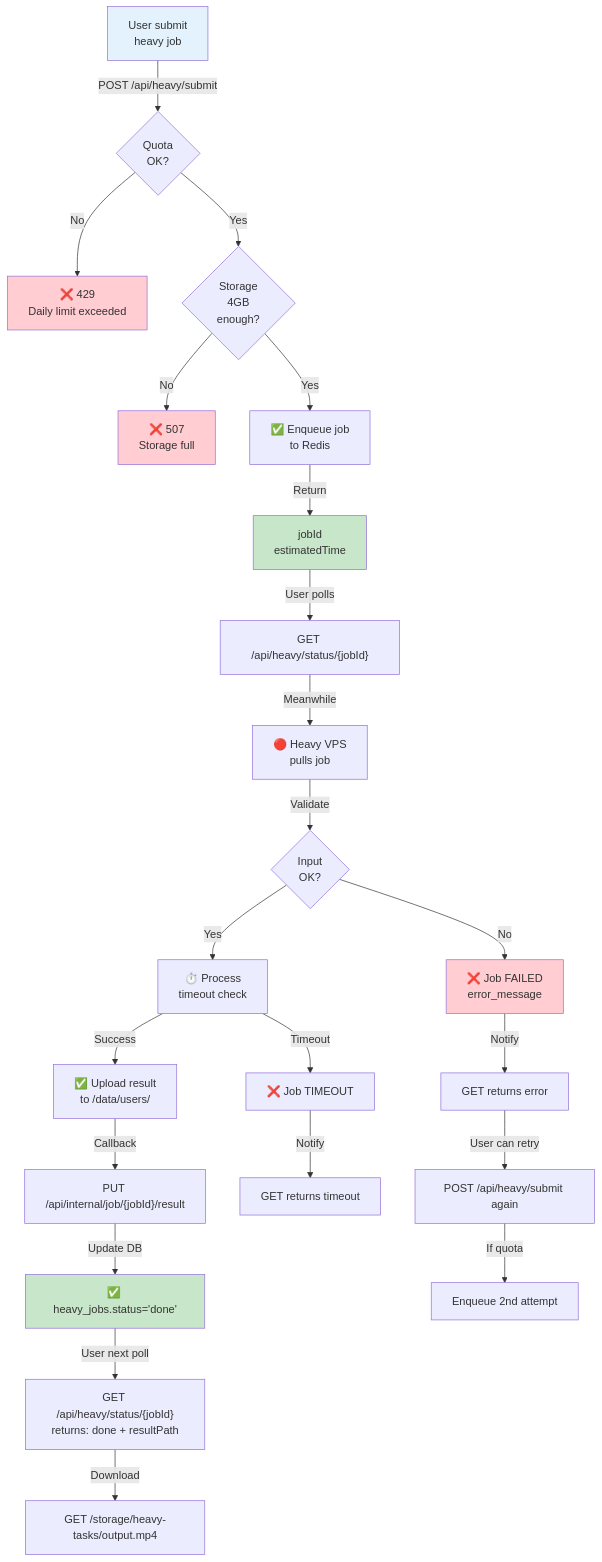
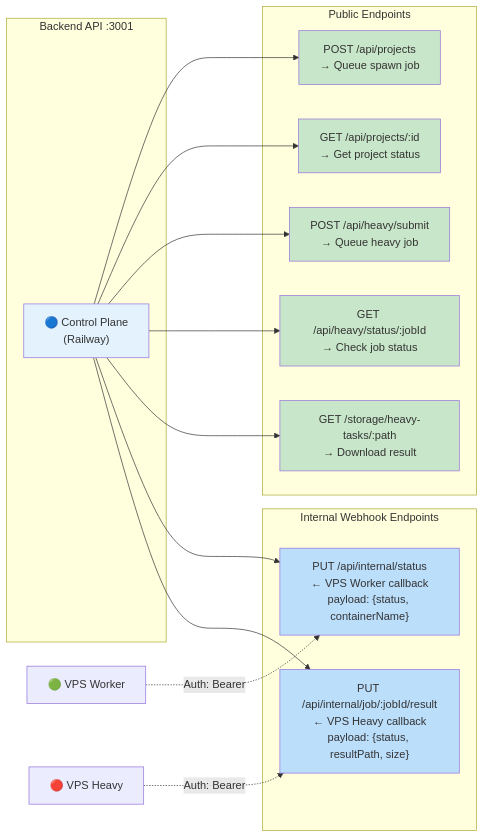
Before and after one commit to mankhb2k/claw-dashboard: the eighth of 14 diagrams in ARCHITECTURE_DIAGRAMS.md, drawn with Mermaid. The commit also changed other lines of this file and 30 other files, not shown here.

Commit message:
add vps-worker and vps-heavy

````diff
--- a/ARCHITECTURE_DIAGRAMS.md
+++ b/ARCHITECTURE_DIAGRAMS.md
@@ -397,43 +323,40 @@
 ```mermaid
-flowchart TD
-    Start["User submit<br/>heavy job"]
+graph LR
+    subgraph "Backend API :3001"
+        A["🔵 Control Plane<br/>(Railway)"]
+    end
     
-    Start -->|POST /api/heavy/submit| Check1{"Quota<br/>OK?"}
+    subgraph "Public Endpoints"
+        P1["POST /api/projects<br/>→ Queue spawn job"]
+        P2["GET /api/projects/:id<br/>→ Get project status"]
+        P3["POST /api/heavy/submit<br/>→ Queue heavy job"]
+        P4["GET /api/heavy/status/:jobId<br/>→ Check job status"]
+        P5["GET /storage/heavy-tasks/:path<br/>→ Download result"]
+    end
     
-    Check1 -->|No| Error1["❌ 429<br/>Daily limit exceeded"]
-    Check1 -->|Yes| Check2{"Storage<br/>4GB<br/>enough?"}
+    subgraph "Internal Webhook Endpoints"
+        I1["PUT /api/internal/status<br/>← VPS Worker callback<br/>payload: {status, containerName}"]
+        I2["PUT /api/internal/job/:jobId/result<br/>← VPS Heavy callback<br/>payload: {status, resultPath, size}"]
+    end
     
-    Check2 -->|No| Error2["❌ 507<br/>Storage full"]
-    Check2 -->|Yes| Enqueue["✅ Enqueue job<br/>to Redis"]
+    A --> P1
+    A --> P2
+    A --> P3
+    A --> P4
+    A --> P5
     
-    Enqueue -->|Return| Response["jobId<br/>estimatedTime"]
-    Response -->|User polls| Poll["GET /api/heavy/status/{jobId}"]
+    A --> I1
+    A --> I2
     
-    Poll -->|Meanwhile| PullJob["🔴 Heavy VPS<br/>pulls job"]
-    PullJob -->|Validate| Validate{"Input<br/>OK?"}
+    Worker["🟢 VPS Worker"] -.->|Auth: Bearer| I1
+    Heavy["🔴 VPS Heavy"] -.->|Auth: Bearer| I2
     
-    Validate -->|No| FailJob["❌ Job FAILED<br/>error_message"]
-    Validate -->|Yes| Process["⏱️ Process<br/>timeout check"]
-    
-    Process -->|Timeout| Timeout["❌ Job TIMEOUT"]
-    Process -->|Success| Upload["✅ Upload result<br/>to /data/users/"]
-    
-    Upload -->|Callback| Callback["PUT /api/internal/job/{jobId}/result"]
-    Callback -->|Update DB| Done["✅ heavy_jobs.status='done'"]
-    
-    Done -->|User next poll| Result["GET /api/heavy/status/{jobId}<br/>returns: done + resultPath"]
-    Result -->|Download| Download["GET /storage/heavy-tasks/output.mp4"]
-    
-    FailJob -->|Notify| PollFail["GET returns error"]
-    Timeout -->|Notify| PollTimeout["GET returns timeout"]
-    
-    PollFail -->|User can retry| Retry["POST /api/heavy/submit again"]
-    Retry -->|If quota| Requeue["Enqueue 2nd attempt"]
-    
-    style Start fill:#e3f2fd
-    style Response fill:#c8e6c9
-    style Done fill:#c8e6c9
-    style Error1 fill:#ffcdd2
-    style Error2 fill:#ffcdd2
-    style FailJob fill:#ffcdd2
+    style A fill:#e3f2fd
+    style P1 fill:#c8e6c9
+    style P2 fill:#c8e6c9
+    style P3 fill:#c8e6c9
+    style P4 fill:#c8e6c9
+    style P5 fill:#c8e6c9
+    style I1 fill:#bbdefb
+    style I2 fill:#bbdefb
 ```
````
